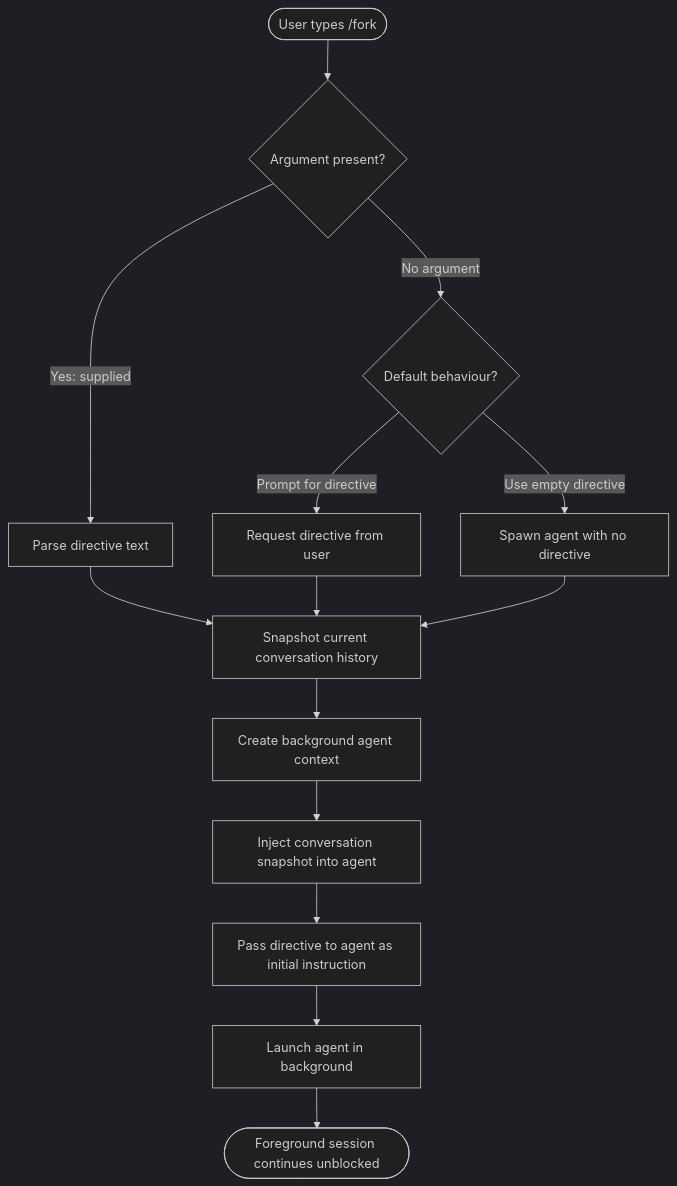
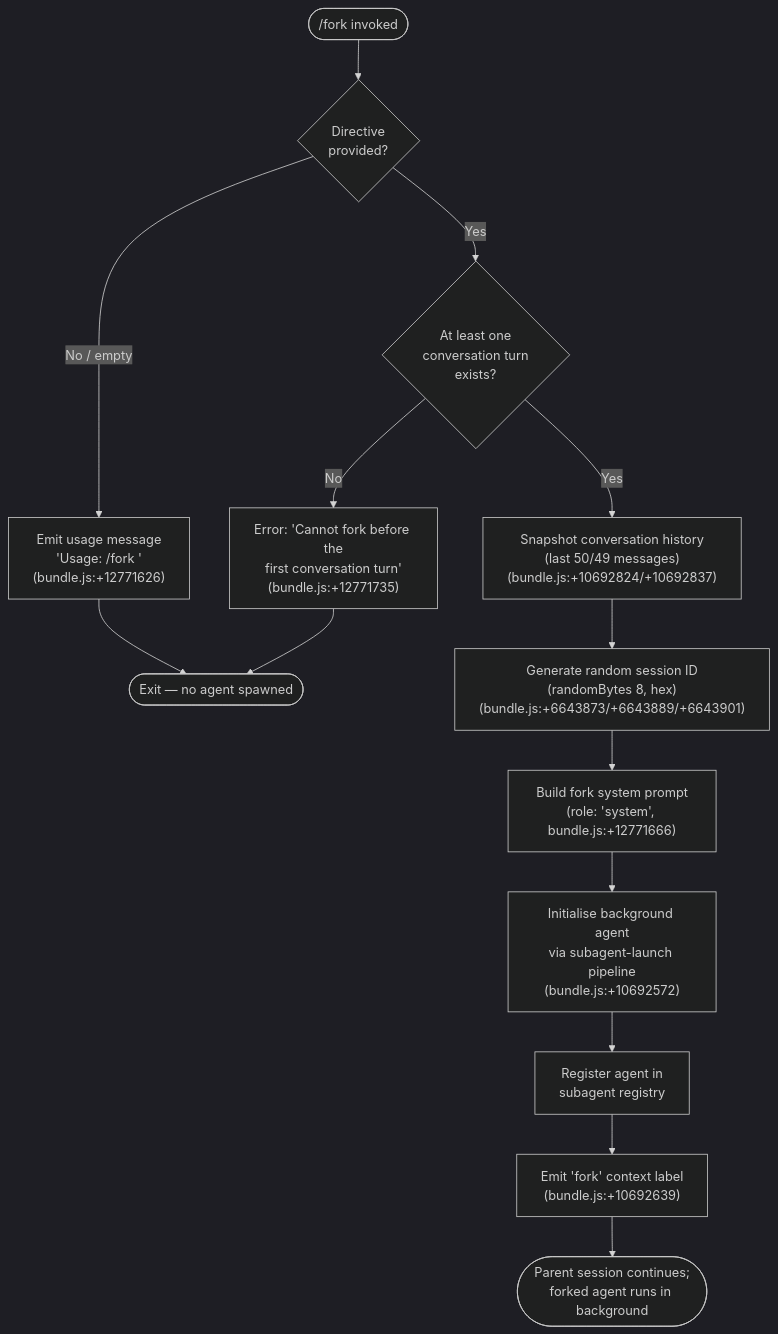
Before and after one commit to MyLittleLuckyDog/cc-gnothi: the diagram in versions/v2.1.156/fork.md, drawn with Mermaid (dark theme). The commit also changed other lines of this file and 593 other files, not shown here.

````diff
--- a/versions/v2.1.156/fork.md
+++ b/versions/v2.1.156/fork.md
@@ -47,16 +55,16 @@
 ```mermaid
 flowchart TD
-    A([User types /fork]) --> B{Argument present?}
-    B -- "Yes: <directive> supplied" --> C[Parse directive text]
-    B -- "No argument" --> D{Default behaviour?}
-    D -- "Prompt for directive" --> E[Request directive from user]
-    D -- "Use empty directive" --> F[Spawn agent with no directive]
-    C --> G[Snapshot current conversation history]
-    E --> G
-    F --> G
-    G --> H[Create background agent context]
-    H --> I[Inject conversation snapshot into agent]
-    I --> J[Pass directive to agent as initial instruction]
-    J --> K[Launch agent in background]
-    K --> L([Foreground session continues unblocked])
+    A(["/fork <directive> invoked"]) --> B{Directive\nprovided?}
+    B -- "No / empty" --> C["Emit usage message\n'Usage: /fork <directive>'\n(bundle.js:+12771626)"]
+    C --> Z([Exit — no agent spawned])
+    B -- "Yes" --> D{At least one\nconversation turn\nexists?}
+    D -- "No" --> E["Error: 'Cannot fork before the\nfirst conversation turn'\n(bundle.js:+12771735)"]
+    E --> Z
+    D -- "Yes" --> F["Snapshot conversation history\n(last 50/49 messages)\n(bundle.js:+10692824/+10692837)"]
+    F --> G["Generate random session ID\n(randomBytes 8, hex)\n(bundle.js:+6643873/+6643889/+6643901)"]
+    G --> H["Build fork system prompt\n(role: 'system', bundle.js:+12771666)"]
+    H --> I["Initialise background agent\nvia subagent-launch pipeline\n(bundle.js:+10692572)"]
+    I --> J["Register agent in\nsubagent registry"]
+    J --> K["Emit 'fork' context label\n(bundle.js:+10692639)"]
+    K --> L([Parent session continues;\nforked agent runs in background])
 ```
````
